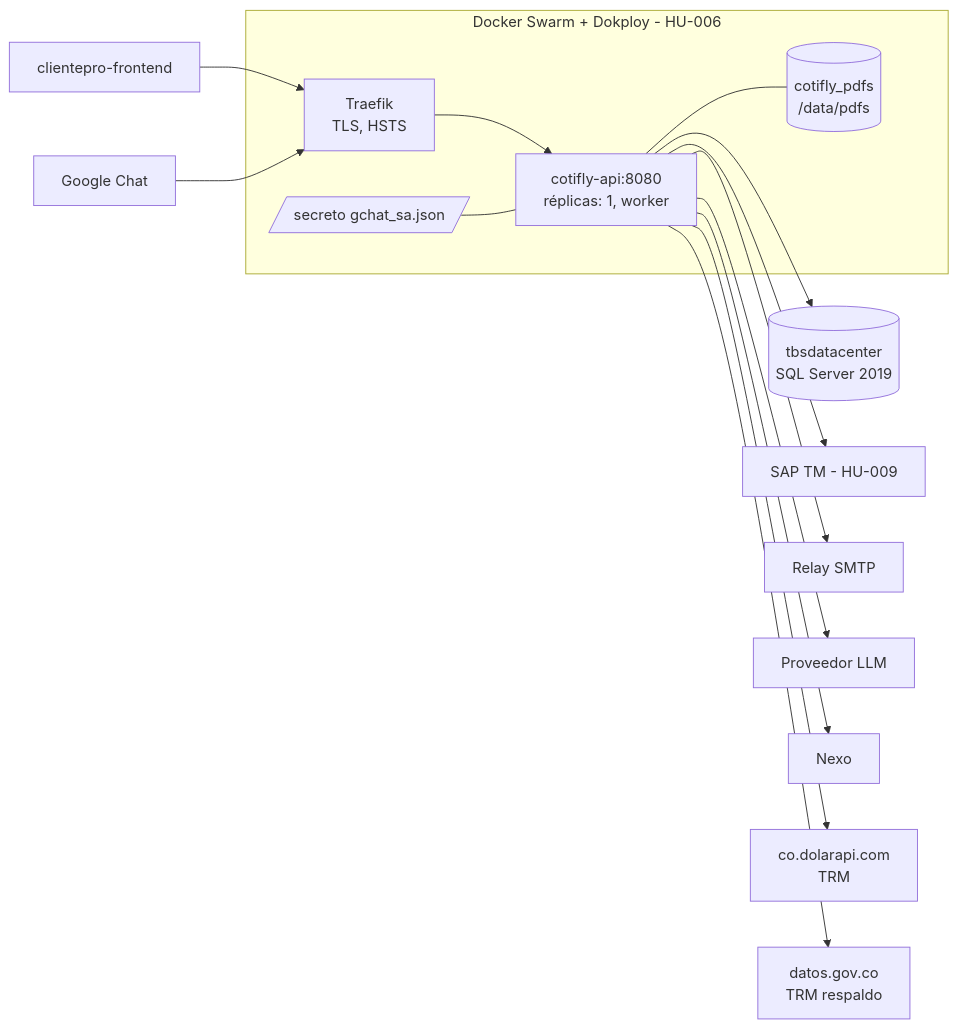
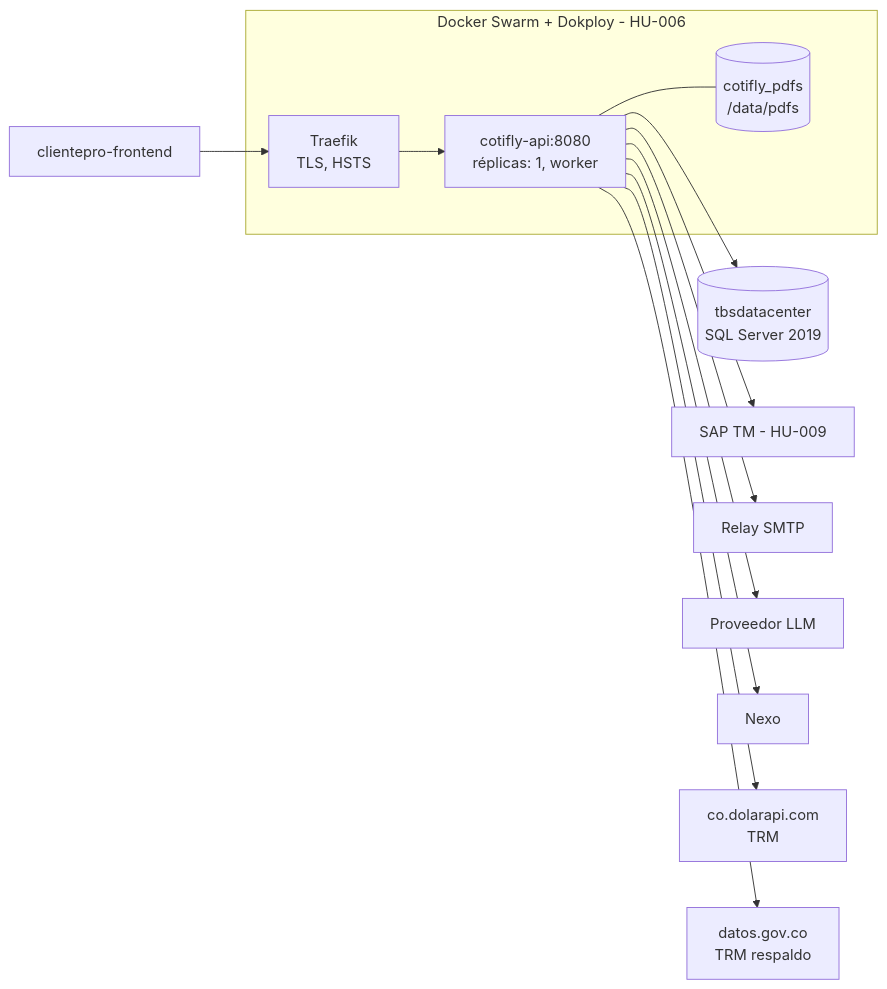
The diagram in backend-dotnet/docs/03-infraestructura.md (InnovacionIA-proyectos/Cotifly), drawn with Mermaid before and after one commit. The commit also changed other lines of this file and 31 other files, not shown here.

First line of the commit message:
docs(agente): ADR-011 reemplazado, ADR-018 §15 con el retiro completado y docs sin Google Chat (HU-013.9, #105)

````diff
--- a/backend-dotnet/docs/03-infraestructura.md
+++ b/backend-dotnet/docs/03-infraestructura.md
@@ -434,17 +421,15 @@
 ```mermaid
 flowchart LR
     subgraph swarm[Docker Swarm + Dokploy - HU-006]
         traefik[Traefik<br/>TLS, HSTS] --> api[cotifly-api:8080<br/>réplicas: 1, worker]
         api --- vol[(cotifly_pdfs<br/>/data/pdfs)]
-        sec[/secreto gchat_sa.json/] --- api
     end
     front[clientepro-frontend] --> traefik
-    google[Google Chat] --> traefik
     api --> sqlsrv[(tbsdatacenter<br/>SQL Server 2019)]
     api --> sapnet[SAP TM - HU-009]
     api --> relay[Relay SMTP]
     api --> proveedor[Proveedor LLM]
     api --> nexo[Nexo]
     api --> trm[co.dolarapi.com<br/>TRM]
     api --> trm2[datos.gov.co<br/>TRM respaldo]
 ```
````
